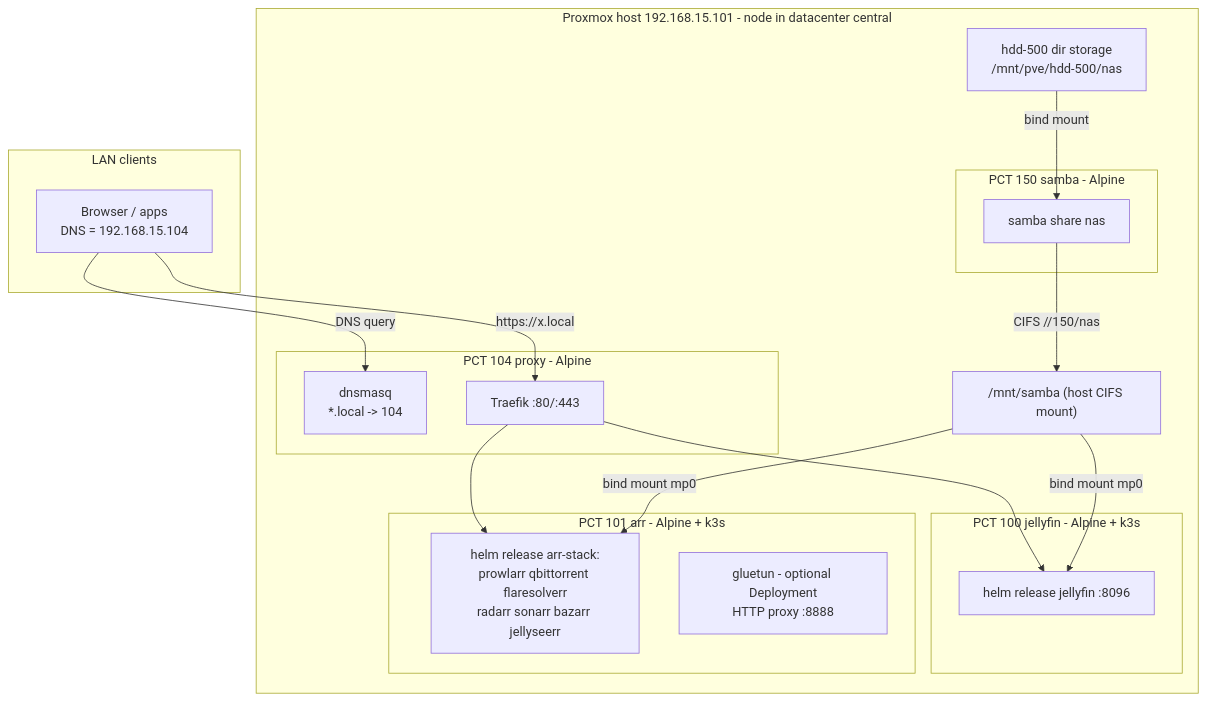
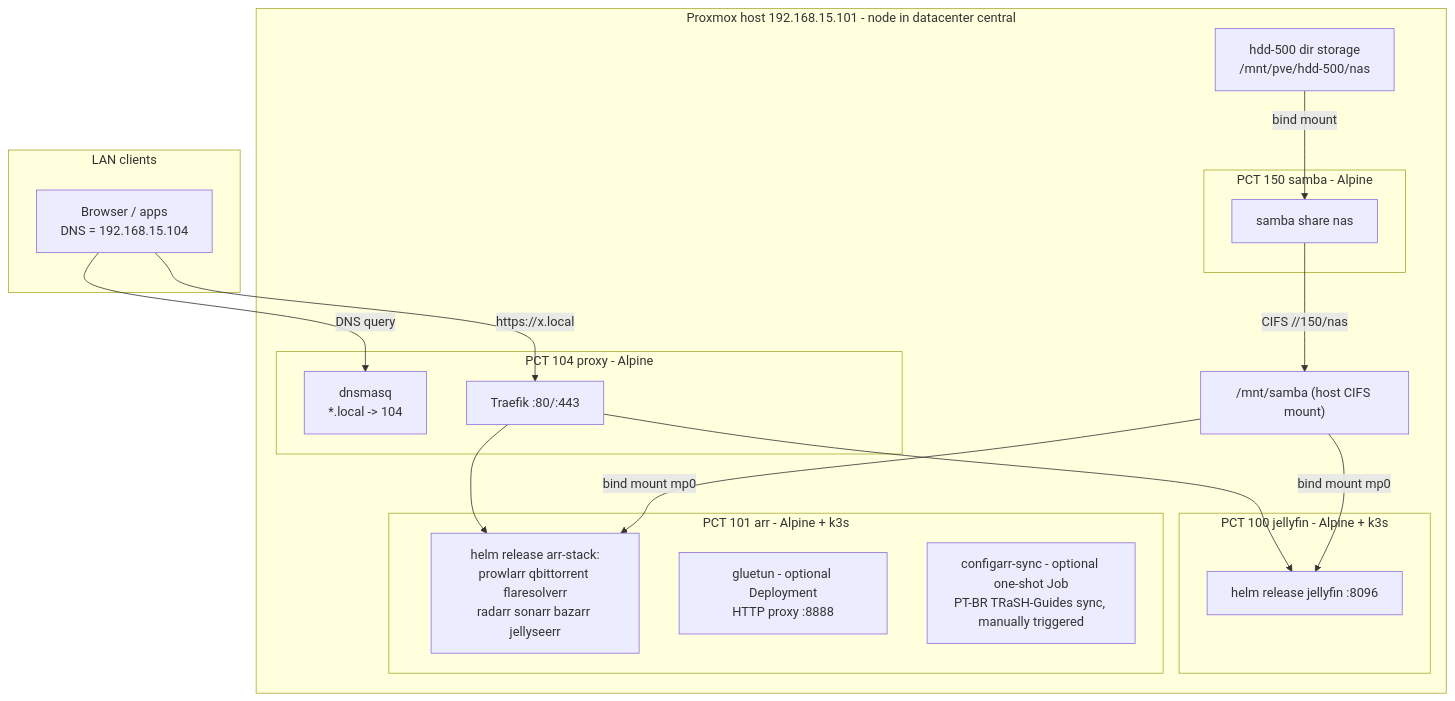
Before and after one commit to YtaloWill/homelab-infra: the diagram in .kiro/specs/homelab-foundation/design.md, drawn with Mermaid. The commit also changed other lines of this file and 12 other files, not shown here.

First line of the commit message:
Merge first configarr release and update/sync scripts

````diff
--- a/.kiro/specs/homelab-foundation/design.md
+++ b/.kiro/specs/homelab-foundation/design.md
@@ -13,32 +13,33 @@
 ```mermaid
 flowchart TB
     subgraph LAN clients
         C[Browser / apps<br/>DNS = 192.168.15.104]
     end
     subgraph PVE[Proxmox host 192.168.15.101 - node in datacenter central]
         subgraph P104[PCT 104 proxy - Alpine]
             DNS[dnsmasq<br/>*.local -> 104]
             TR[Traefik :80/:443]
         end
         subgraph P100[PCT 100 jellyfin - Alpine + k3s]
             JF[helm release jellyfin :8096]
         end
         subgraph P101[PCT 101 arr - Alpine + k3s]
             AR[helm release arr-stack:<br/>prowlarr qbittorrent flaresolverr<br/>radarr sonarr bazarr jellyseerr]
             GL[gluetun - optional Deployment<br/>HTTP proxy :8888]
+            CF[configarr-sync - optional one-shot Job<br/>PT-BR TRaSH-Guides sync, manually triggered]
         end
         subgraph P150[PCT 150 samba - Alpine]
             SMB[samba share nas]
         end
         HM["/mnt/samba (host CIFS mount)"]
         HDD["hdd-500 dir storage<br/>/mnt/pve/hdd-500/nas"]
     end
     C -->|DNS query| DNS
     C -->|https://x.local| TR
     TR --> JF
     TR --> AR
     HDD -->|bind mount| SMB
     SMB -->|CIFS //150/nas| HM
     HM -->|bind mount mp0| JF
     HM -->|bind mount mp0| AR
 ```
````
